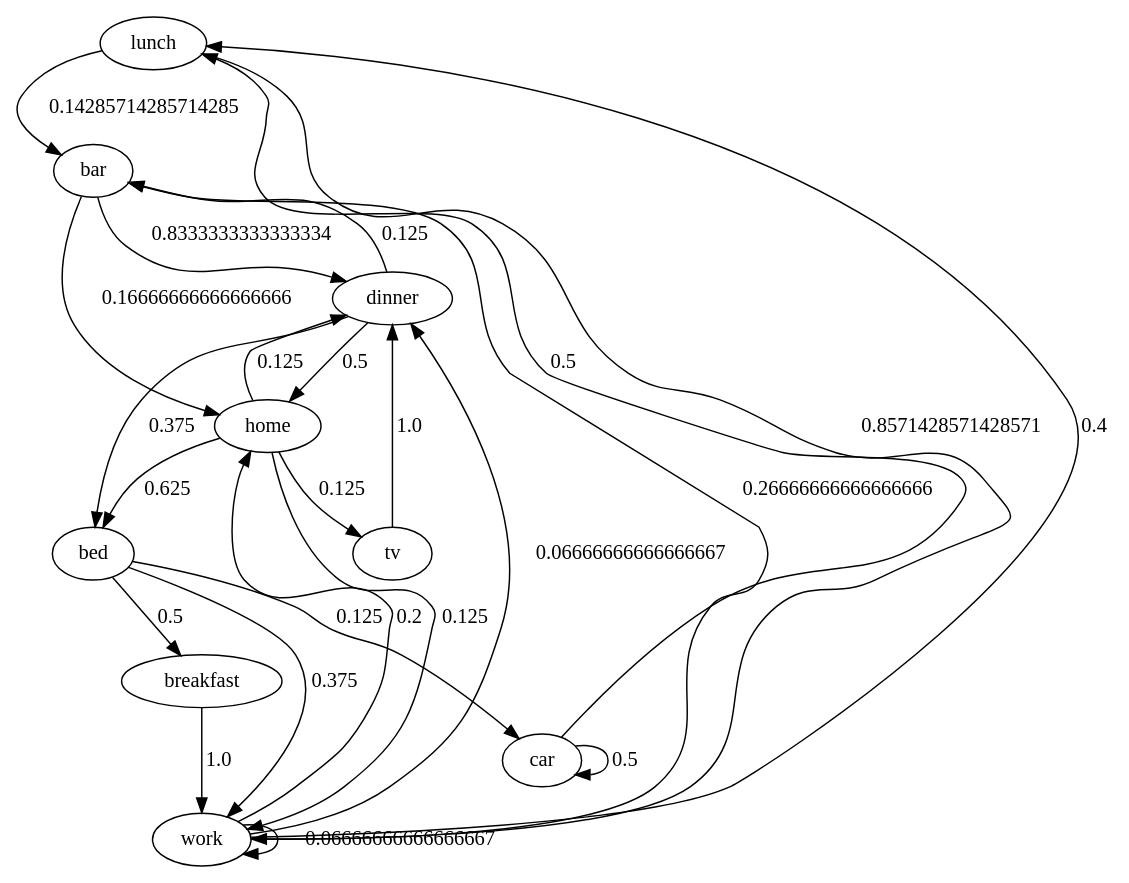
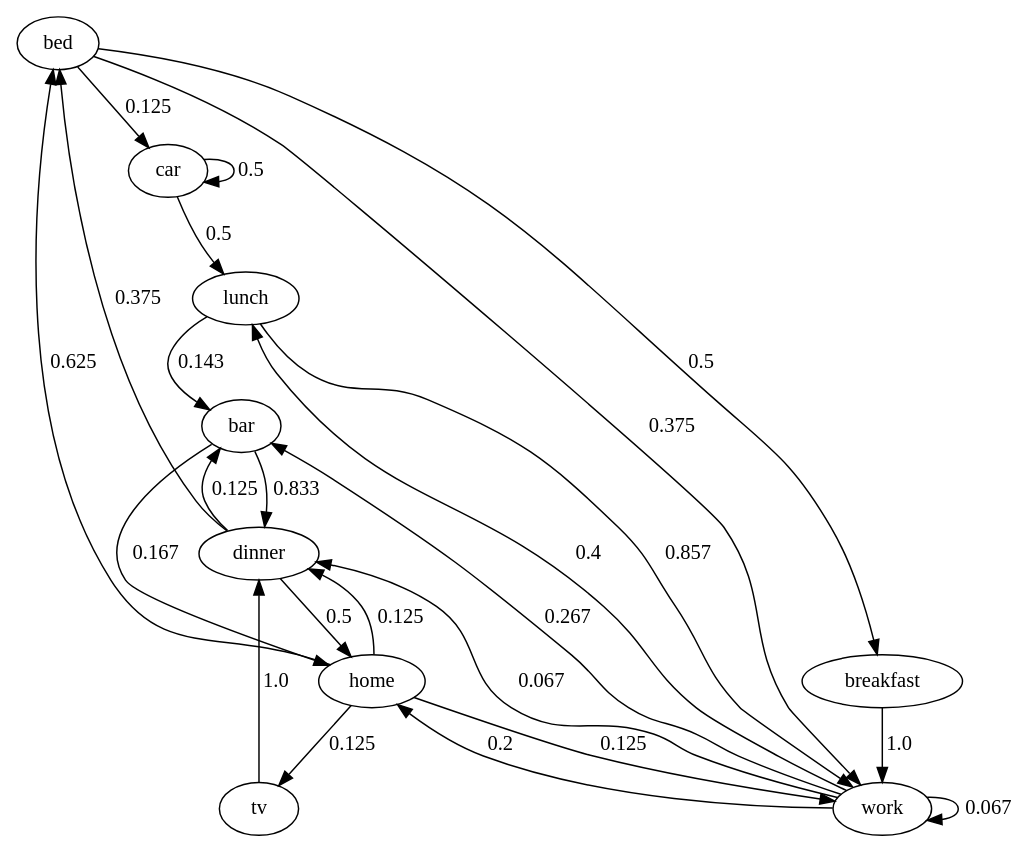
One commit to hnguye01/Python-examples changed the diagram in TEMP.DOT. Above: the diagram before and after it, drawn with Graphviz. The commit also changed 2 other files, not shown here.

```diff
--- a/TEMP.DOT
+++ b/TEMP.DOT
@@ -1,34 +1,34 @@
 digraph  {
+bed;
+car;
+dinner;
+tv;
 lunch;
+home;
 bar;
-bed;
-tv;
+breakfast;
 work;
-dinner;
-breakfast;
-car;
-home;
-lunch -> work  [key=0, label="0.8571428571428571", weight="0.8571428571428571"];
-lunch -> bar  [key=0, label="0.14285714285714285", weight="0.14285714285714285"];
-bar -> dinner  [key=0, label="0.8333333333333334", weight="0.8333333333333334"];
-bar -> home  [key=0, label="0.16666666666666666", weight="0.16666666666666666"];
 bed -> breakfast  [key=0, label="0.5", weight="0.5"];
 bed -> work  [key=0, label="0.375", weight="0.375"];
 bed -> car  [key=0, label="0.125", weight="0.125"];
-tv -> dinner  [key=0, label="1.0", weight="1.0"];
-work -> lunch  [key=0, label="0.4", weight="0.4"];
-work -> bar  [key=0, label="0.26666666666666666", weight="0.26666666666666666"];
-work -> home  [key=0, label="0.2", weight="0.2"];
-work -> work  [key=0, label="0.06666666666666667", weight="0.06666666666666667"];
-work -> dinner  [key=0, label="0.06666666666666667", weight="0.06666666666666667"];
+car -> car  [key=0, label="0.5", weight="0.5"];
+car -> lunch  [key=0, label="0.5", weight="0.5"];
 dinner -> home  [key=0, label="0.5", weight="0.5"];
 dinner -> bar  [key=0, label="0.125", weight="0.125"];
 dinner -> bed  [key=0, label="0.375", weight="0.375"];
-breakfast -> work  [key=0, label="1.0", weight="1.0"];
-car -> car  [key=0, label="0.5", weight="0.5"];
-car -> lunch  [key=0, label="0.5", weight="0.5"];
+tv -> dinner  [key=0, label="1.0", weight="1.0"];
+lunch -> work  [key=0, label="0.857", weight="0.857"];
+lunch -> bar  [key=0, label="0.143", weight="0.143"];
 home -> bed  [key=0, label="0.625", weight="0.625"];
 home -> tv  [key=0, label="0.125", weight="0.125"];
 home -> dinner  [key=0, label="0.125", weight="0.125"];
 home -> work  [key=0, label="0.125", weight="0.125"];
+bar -> dinner  [key=0, label="0.833", weight="0.833"];
+bar -> home  [key=0, label="0.167", weight="0.167"];
+breakfast -> work  [key=0, label="1.0", weight="1.0"];
+work -> lunch  [key=0, label="0.4", weight="0.4"];
+work -> bar  [key=0, label="0.267", weight="0.267"];
+work -> home  [key=0, label="0.2", weight="0.2"];
+work -> work  [key=0, label="0.067", weight="0.067"];
+work -> dinner  [key=0, label="0.067", weight="0.067"];
 }
```
